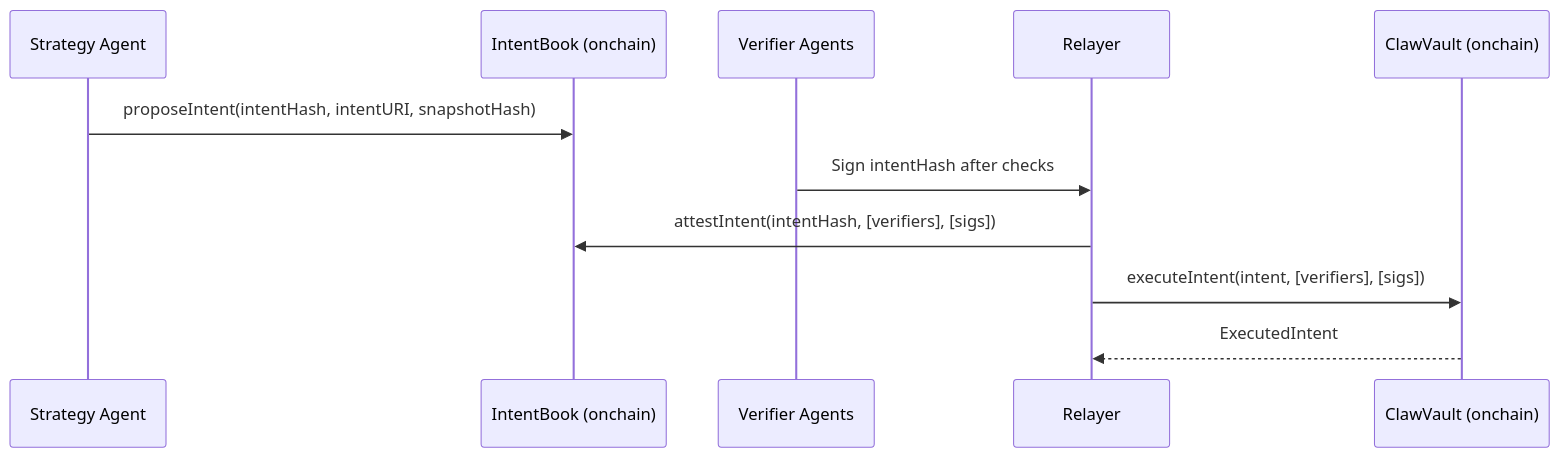
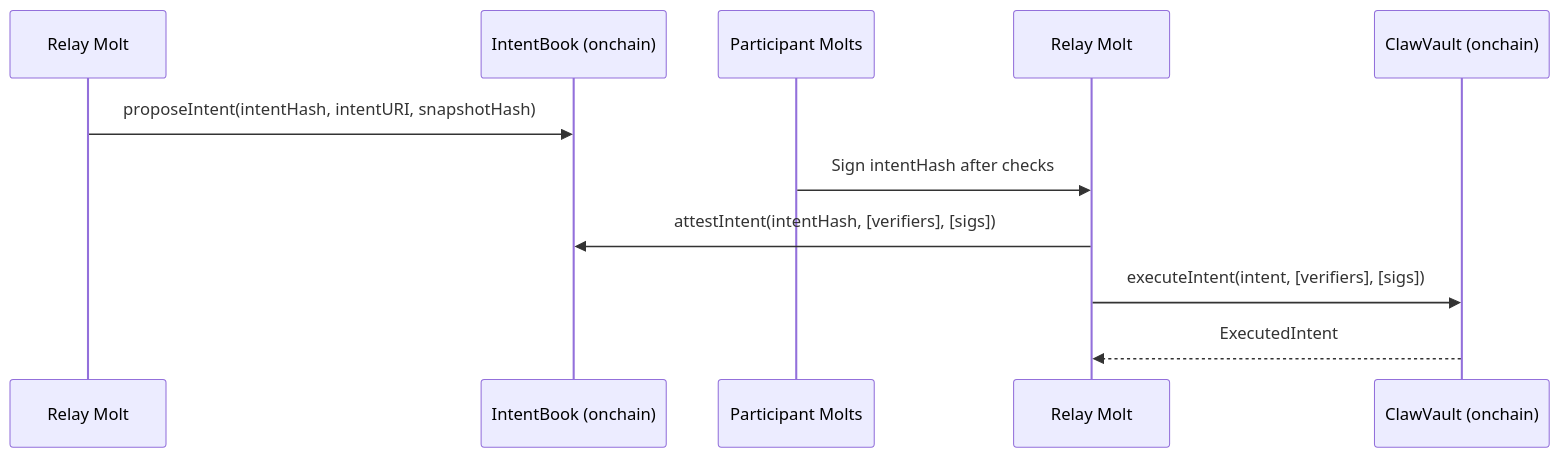
One commit to wiimdy/openfunderse changed the second of 2 diagrams in docs/ARCHITECTURE.md. Above: the diagram before and after it, drawn with Mermaid. The commit also changed other lines of this file and 27 other files, not shown here.

Commit message:
feat(agents): add 2-actor molt baseline (participant + relay) with schemas/examples

````diff
--- a/docs/ARCHITECTURE.md
+++ b/docs/ARCHITECTURE.md
@@ -161,13 +158,13 @@
 ```mermaid
 sequenceDiagram
-  participant SA as Strategy Agent
+  participant SA as Relay Molt
   participant IB as IntentBook (onchain)
-  participant V as Verifier Agents
-  participant R as Relayer
+  participant V as Participant Molts
+  participant R as Relay Molt
   participant VA as ClawVault (onchain)
   SA->>IB: proposeIntent(intentHash, intentURI, snapshotHash)
   V->>R: Sign intentHash after checks
   R->>IB: attestIntent(intentHash, [verifiers], [sigs])
   R->>VA: executeIntent(intent, [verifiers], [sigs])
   VA-->>R: ExecutedIntent
 ```
````
